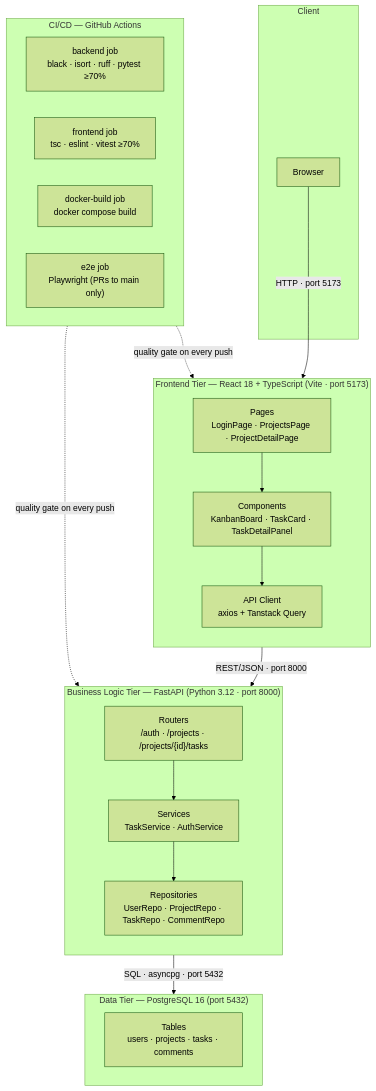
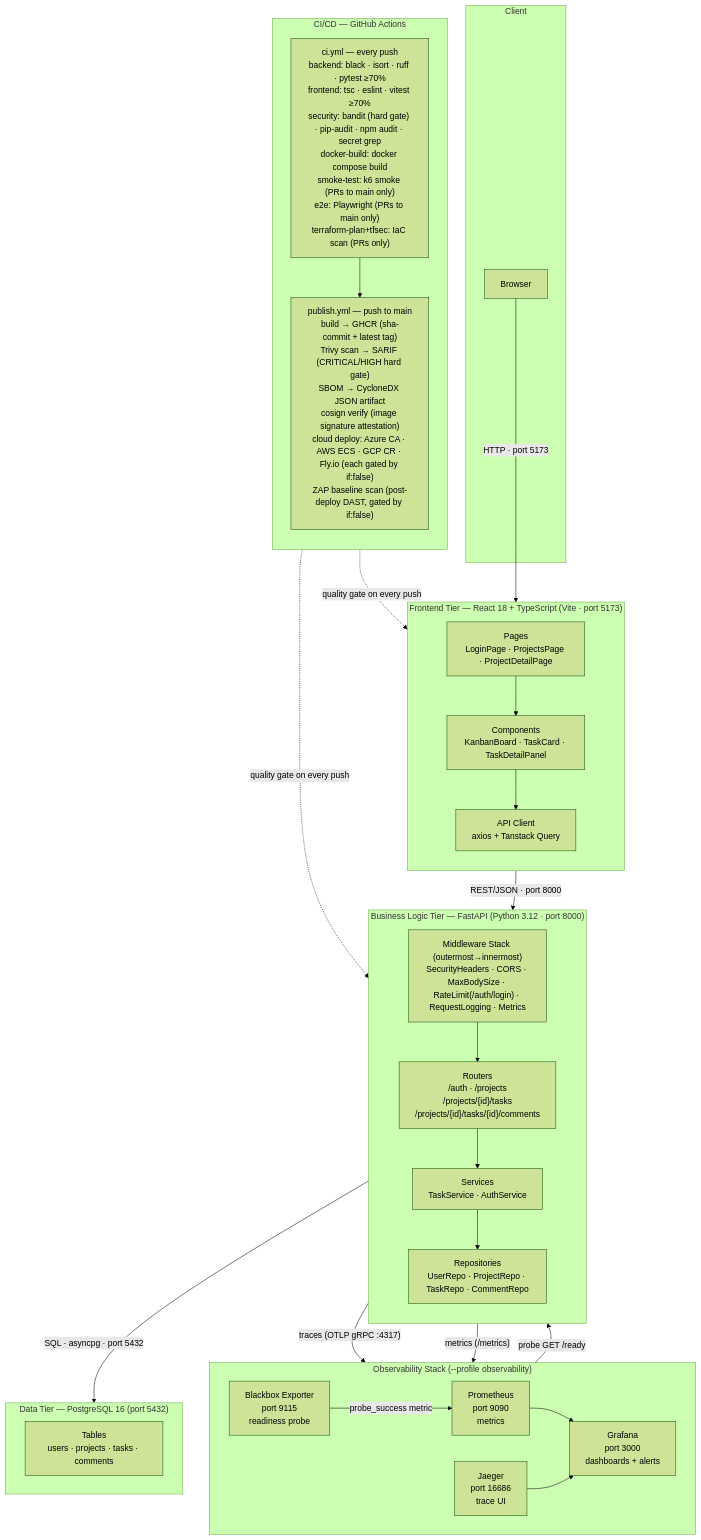
The first of 11 diagrams in docs/diagrams.md (jaricsng/ai-assisted-devops-labs), drawn with Mermaid (forest theme) before and after one commit. The commit also changed other lines of this file and 260 other files, not shown here.

First line of the commit message:
feat: complete solution sync — tests, CI/CD workflows, schemas, and docs

````diff
--- a/docs/diagrams.md
+++ b/docs/diagrams.md
@@ -11,40 +11,54 @@
 ```mermaid
 graph TD
     subgraph Client["Client"]
         BR[Browser]
     end
 
     subgraph FE["Frontend Tier — React 18 + TypeScript (Vite · port 5173)"]
         direction TB
         Pages["Pages\nLoginPage · ProjectsPage · ProjectDetailPage"]
         Components["Components\nKanbanBoard · TaskCard · TaskDetailPanel"]
         APIClient["API Client\naxios + Tanstack Query"]
         Pages --> Components --> APIClient
     end
 
     subgraph BE["Business Logic Tier — FastAPI (Python 3.12 · port 8000)"]
         direction TB
-        Routers["Routers\n/auth · /projects · /projects/{id}/tasks"]
+        Middleware["Middleware Stack (outermost→innermost)\nSecurityHeaders · CORS · MaxBodySize · RateLimit(/auth/login) · RequestLogging · Metrics"]
+        Routers["Routers\n/auth · /projects\n/projects/{id}/tasks\n/projects/{id}/tasks/{id}/comments"]
         Services["Services\nTaskService · AuthService"]
         Repos["Repositories\nUserRepo · ProjectRepo · TaskRepo · CommentRepo"]
-        Routers --> Services --> Repos
+        Middleware --> Routers --> Services --> Repos
     end
 
     subgraph DB["Data Tier — PostgreSQL 16 (port 5432)"]
         Tables["Tables\nusers · projects · tasks · comments"]
     end
 
+    subgraph OBS["Observability Stack (--profile observability)"]
+        direction LR
+        Jaeger["Jaeger\nport 16686\ntrace UI"]
+        Prometheus["Prometheus\nport 9090\nmetrics"]
+        Grafana["Grafana\nport 3000\ndashboards + alerts"]
+        Blackbox["Blackbox Exporter\nport 9115\nreadiness probe"]
+        Blackbox -->|"probe_success metric"| Prometheus
+        Prometheus --> Grafana
+        Jaeger --> Grafana
+    end
+
     subgraph CI["CI/CD — GitHub Actions"]
-        direction LR
-        Backend["backend job\nblack · isort · ruff · pytest ≥70%"]
-        Frontend["frontend job\ntsc · eslint · vitest ≥70%"]
-        Docker["docker-build job\ndocker compose build"]
-        E2E["e2e job\nPlaywright (PRs to main only)"]
+        direction TB
+        CIJobs["ci.yml — every push\nbackend: black · isort · ruff · pytest ≥70%\nfrontend: tsc · eslint · vitest ≥70%\nsecurity: bandit (hard gate) · pip-audit · npm audit · secret grep\ndocker-build: docker compose build\nsmoke-test: k6 smoke (PRs to main only)\ne2e: Playwright (PRs to main only)\nterraform-plan+tfsec: IaC scan (PRs only)"]
+        CDJobs["publish.yml — push to main\nbuild → GHCR (sha-commit + latest tag)\nTrivy scan → SARIF (CRITICAL/HIGH hard gate)\nSBOM → CycloneDX JSON artifact\ncosign verify (image signature attestation)\ncloud deploy: Azure CA · AWS ECS · GCP CR · Fly.io (each gated by if:false)\nZAP baseline scan (post-deploy DAST, gated by if:false)"]
+        CIJobs --> CDJobs
     end
 
     BR -->|"HTTP · port 5173"| FE
     APIClient -->|"REST/JSON · port 8000"| BE
     Repos -->|"SQL · asyncpg · port 5432"| DB
+    BE -->|"traces (OTLP gRPC :4317)"| Jaeger
+    BE -->|"metrics (/metrics)"| Prometheus
+    Blackbox -->|"probe GET /ready"| BE
     CI -.->|"quality gate on every push"| BE
     CI -.->|"quality gate on every push"| FE
 ```
````
